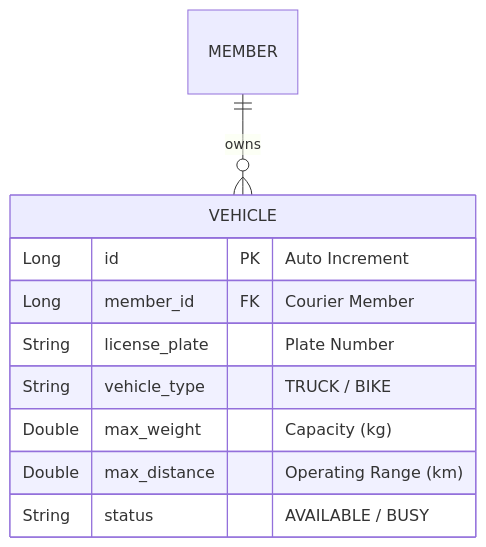
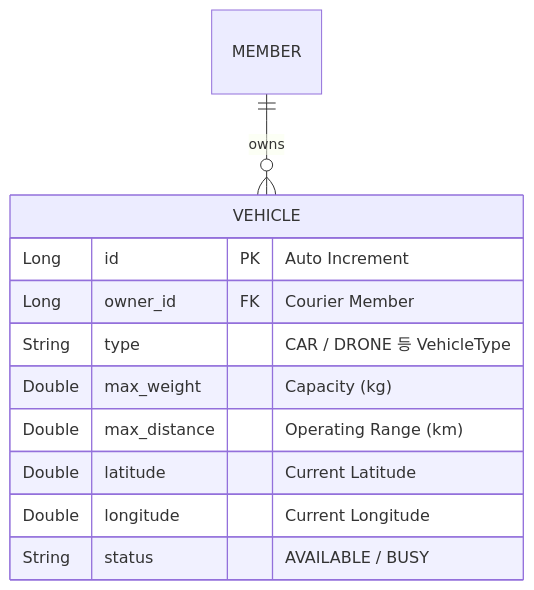
One commit to ShinhanDSProject/shinhan-delivery changed the diagram in docs/design/vehicle-design.md. Above: the diagram before and after it, drawn with Mermaid. The commit also changed other lines of this file and 7 other files, not shown here.

````diff
--- a/docs/design/vehicle-design.md
+++ b/docs/design/vehicle-design.md
@@ -20,13 +20,14 @@
 ```mermaid
 erDiagram
     MEMBER ||--o{ VEHICLE : "owns"
     VEHICLE {
         Long id PK "Auto Increment"
-        Long member_id FK "Courier Member"
-        String license_plate "Plate Number"
-        String vehicle_type "TRUCK / BIKE"
+        Long owner_id FK "Courier Member"
+        String type "CAR / DRONE 등 VehicleType"
         Double max_weight "Capacity (kg)"
         Double max_distance "Operating Range (km)"
+        Double latitude "Current Latitude"
+        Double longitude "Current Longitude"
         String status "AVAILABLE / BUSY"
     }
 ```
````
